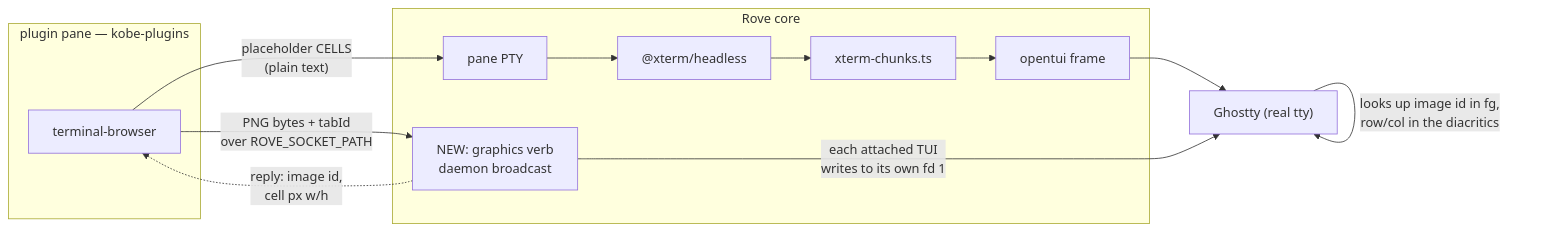
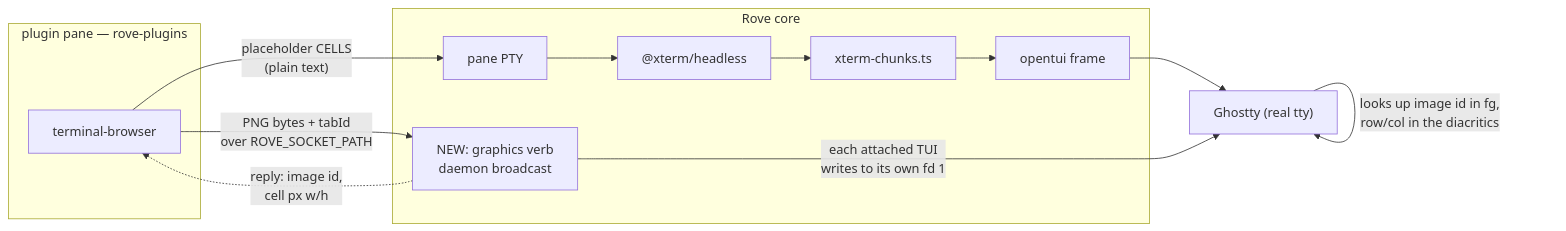
One commit to Sma1lboy/rove changed the first of 2 diagrams in docs/design/kitty-graphics-plugin-path.md. Above: the diagram before and after it, drawn with Mermaid. The commit also changed other lines of this file and 14 other files, not shown here.

First line of the commit message:
chore: point first-party plugins at Sma1lboy/rove-plugins

````diff
--- a/docs/design/kitty-graphics-plugin-path.md
+++ b/docs/design/kitty-graphics-plugin-path.md
@@ -35,20 +35,20 @@
 ```mermaid
 flowchart LR
-  subgraph plugin["plugin pane — kobe-plugins"]
+  subgraph plugin["plugin pane — rove-plugins"]
     TB["terminal-browser"]
   end
   subgraph core["Rove core"]
     PTY["pane PTY"]
     X["@xterm/headless"]
     C["xterm-chunks.ts"]
     O["opentui frame"]
     V["NEW: graphics verb<br/>daemon broadcast"]
   end
   G["Ghostty (real tty)"]
 
   TB -->|"placeholder CELLS<br/>(plain text)"| PTY --> X --> C --> O --> G
   TB -->|"PNG bytes + tabId<br/>over ROVE_SOCKET_PATH"| V
   V -->|"each attached TUI<br/>writes to its own fd 1"| G
   V -.->|"reply: image id,<br/>cell px w/h"| TB
   G -->|"looks up image id in fg,<br/>row/col in the diacritics"| G
 ```
````
